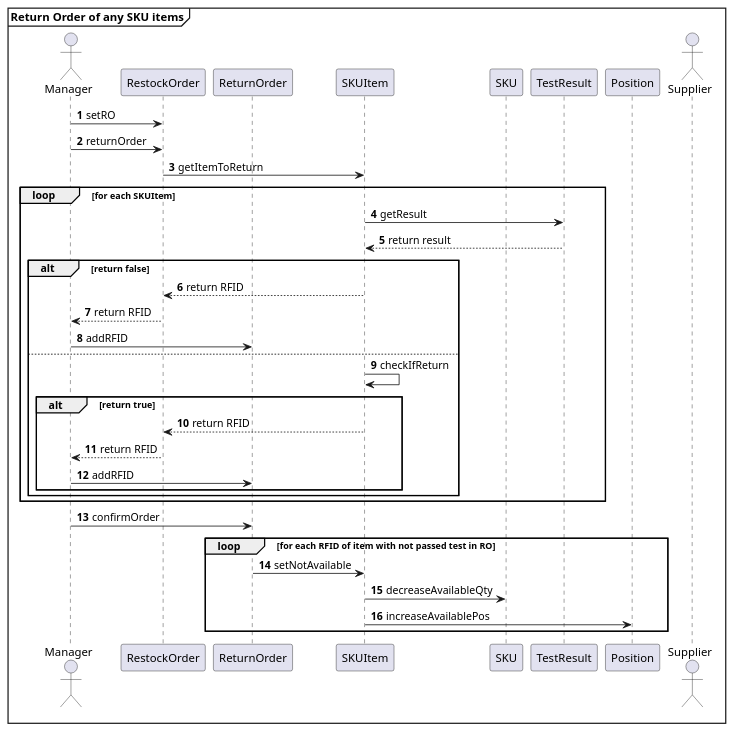
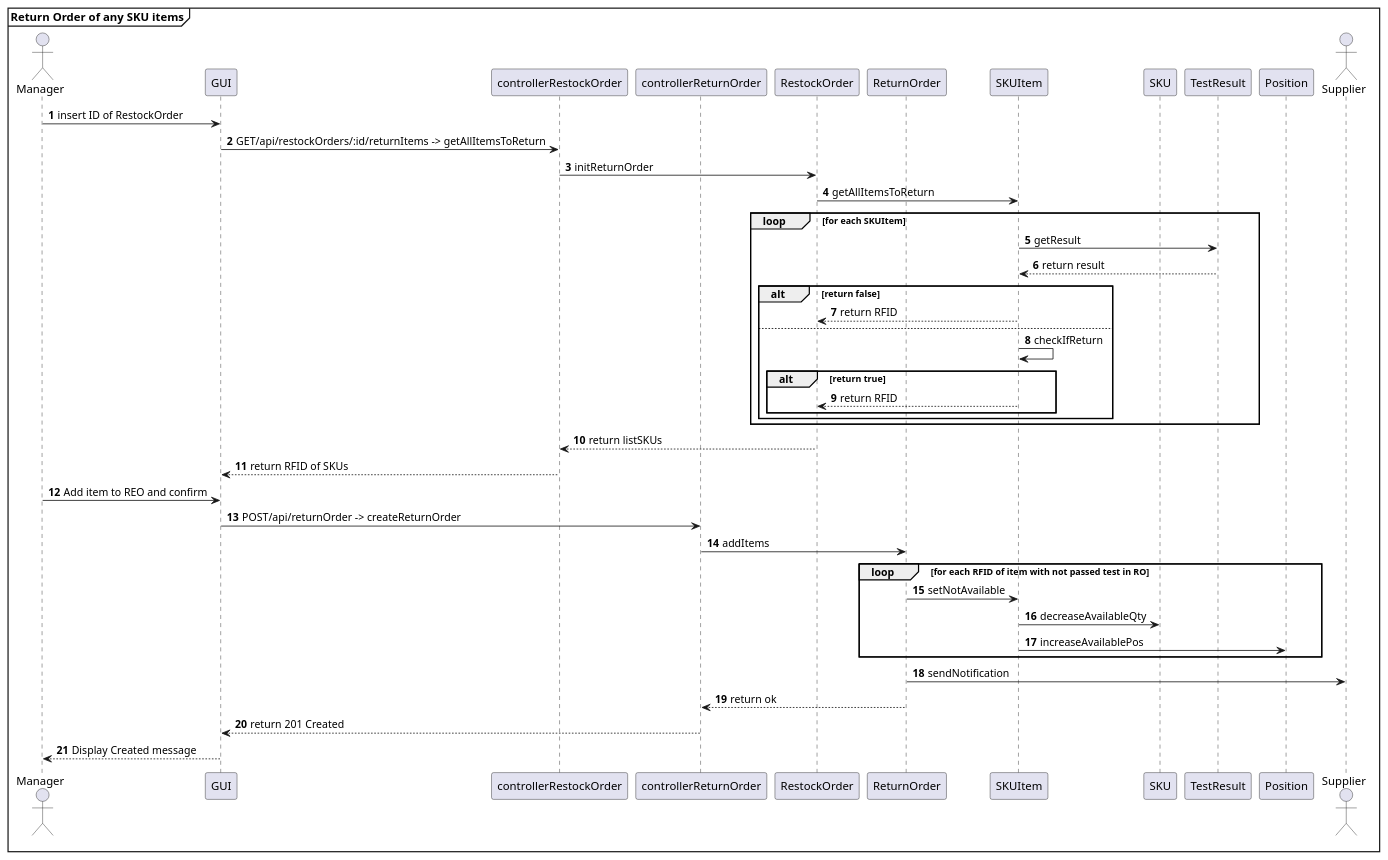
Before and after one commit to AlexZampa/EzWh: the tenth of 15 diagrams in DesignDocument.md, drawn with PlantUML. The commit also changed other lines of this file, not shown here.

````diff
--- a/DesignDocument.md
+++ b/DesignDocument.md
@@ -602,42 +602,51 @@
 ```plantuml
 @startuml
 mainframe **Return Order of any SKU items**
 actor Manager 
+participant GUI
+participant controllerRestockOrder
+participant controllerReturnOrder
 participant RestockOrder
 participant ReturnOrder
 participant SKUItem
 participant SKU
 participant TestResult
 participant Position
 actor Supplier
 
 autonumber
-Manager -> RestockOrder : setRO
-Manager -> RestockOrder : returnOrder
-RestockOrder -> SKUItem : getItemToReturn
+Manager -> GUI : insert ID of RestockOrder
+GUI -> controllerRestockOrder : GET/api/restockOrders/:id/returnItems -> getAllItemsToReturn
+controllerRestockOrder -> RestockOrder : initReturnOrder
+RestockOrder -> SKUItem : getAllItemsToReturn
 loop for each SKUItem
   SKUItem -> TestResult : getResult
   SKUItem <-- TestResult : return result
   alt return false
     RestockOrder <-- SKUItem : return RFID
-    Manager <-- RestockOrder : return RFID    
-    Manager -> ReturnOrder : addRFID
   else 
       SKUItem -> SKUItem : checkIfReturn
         alt return true
           RestockOrder <-- SKUItem : return RFID
-          Manager <-- RestockOrder : return RFID    
-          Manager -> ReturnOrder : addRFID
         end alt
   end alt
 end loop
 
-Manager -> ReturnOrder : confirmOrder
+RestockOrder --> controllerRestockOrder : return listSKUs
+controllerRestockOrder --> GUI : return RFID of SKUs
+
+Manager -> GUI : Add item to REO and confirm
+GUI -> controllerReturnOrder : POST/api/returnOrder -> createReturnOrder
+controllerReturnOrder -> ReturnOrder : addItems 
 loop for each RFID of item with not passed test in RO
   ReturnOrder -> SKUItem : setNotAvailable
   SKUItem -> SKU : decreaseAvailableQty
   SKUItem -> Position : increaseAvailablePos
 end loop
+ReturnOrder -> Supplier : sendNotification
+ReturnOrder --> controllerReturnOrder : return ok
+controllerReturnOrder --> GUI : return 201 Created
+GUI --> Manager : Display Created message
 @enduml
 
 ```
````
